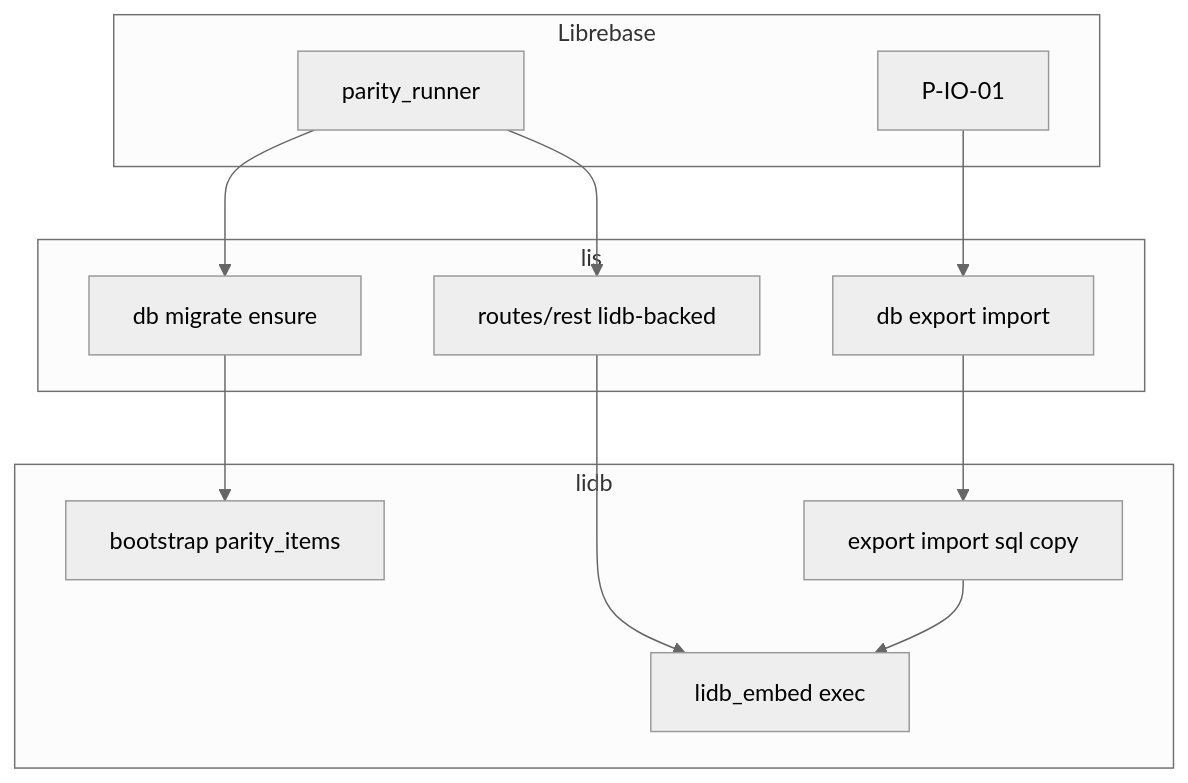
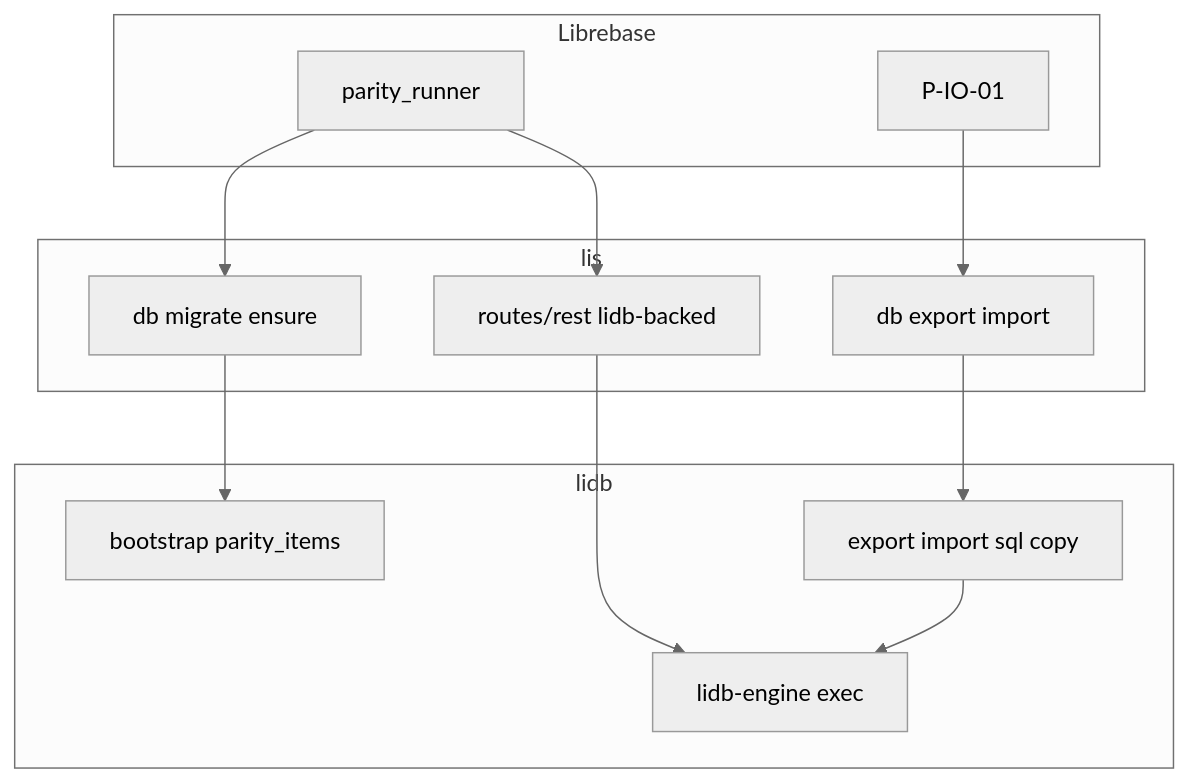
One commit to librebase-official/librebase changed the diagram in docs/sdd/specs/wave-a-native-io/spec.md. Above: the diagram before and after it, drawn with Mermaid (neutral theme). The commit also changed other lines of this file and 41 other files, not shown here.

First line of the commit message:
Rename lidb_embed to lidb-engine for clarity

````diff
--- a/docs/sdd/specs/wave-a-native-io/spec.md
+++ b/docs/sdd/specs/wave-a-native-io/spec.md
@@ -16,24 +16,24 @@
 ```mermaid
 flowchart TB
   subgraph librebase [Librebase]
     Runner[parity_runner]
     PIO[P-IO-01]
   end
   subgraph lis [lis]
     Rest[routes/rest lidb-backed]
     Migrate[db migrate ensure]
     Exp[db export import]
   end
   subgraph lidb [lidb]
     Boot[bootstrap parity_items]
-    Embed[lidb_embed exec]
+    Embed[lidb-engine exec]
     IO[export import sql copy]
   end
   Runner --> Rest
   Runner --> Migrate
   Rest --> Embed
   Migrate --> Boot
   Exp --> IO
   PIO --> Exp
   IO --> Embed
 ```
````
